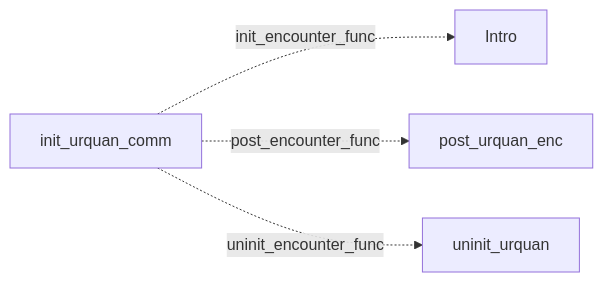
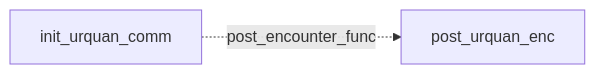
One commit to yost-jacob/uqm-cpp17 changed the diagram in docs/design/conversation/catalog/urquan.md. Above: the diagram before and after it, drawn with Mermaid. The commit also changed other lines of this file and 77 other files, not shown here.

Commit message:
Migrate nine more stories and replace native turn stubs with graph lifecycle

````diff
--- a/docs/design/conversation/catalog/urquan.md
+++ b/docs/design/conversation/catalog/urquan.md
@@ -23,10 +21,6 @@
 ```mermaid
 flowchart LR
-    n0["Intro"]
-    n1["uninit_urquan"]
-    n2["post_urquan_enc"]
-    n3["init_urquan_comm"]
-    n3 -. "init_encounter_func" .-> n0
-    n3 -. "post_encounter_func" .-> n2
-    n3 -. "uninit_encounter_func" .-> n1
+    n0["post_urquan_enc"]
+    n1["init_urquan_comm"]
+    n1 -. "post_encounter_func" .-> n0
 ```
````
